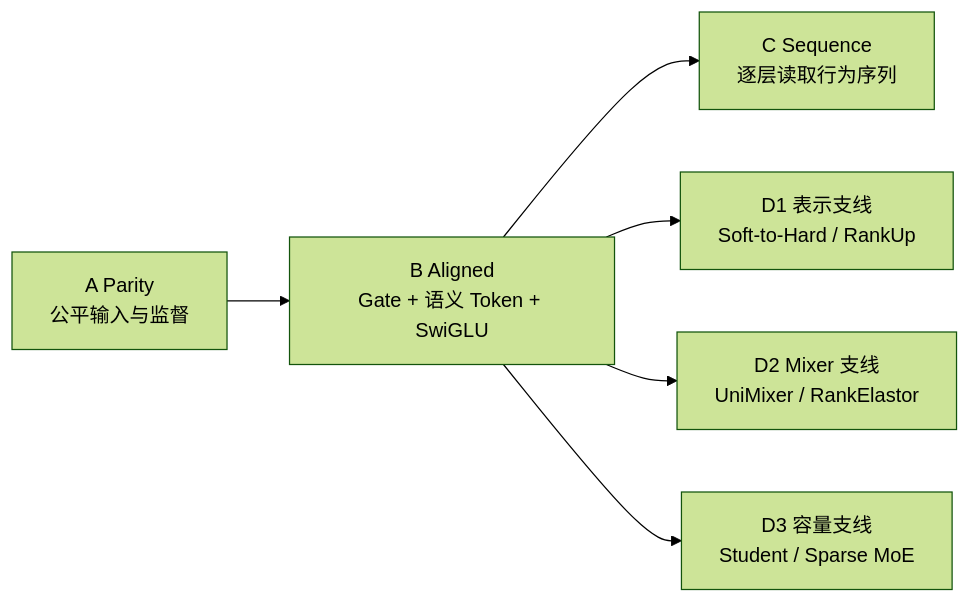
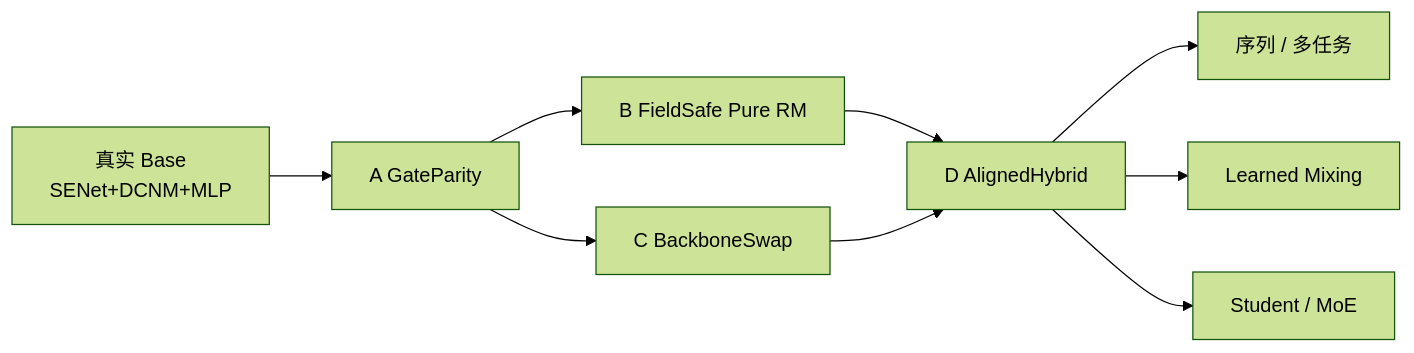
Before and after one commit to Bolt00Y/RAS: the eighth of 9 diagrams in rankmixer/CVR_RankMixer_全量改进方案_按模块分类.md, drawn with Mermaid (forest theme). The commit also changed other lines of this file and 4 other files, not shown here.

Commit message:
Correct RankMixer base comparison

```diff
--- a/rankmixer/CVR_RankMixer_全量改进方案_按模块分类.md
+++ b/rankmixer/CVR_RankMixer_全量改进方案_按模块分类.md
@@ -1296,8 +1265,11 @@
 ~~~mermaid
 flowchart LR
-    A["A Parity<br/>公平输入与监督"] --> B["B Aligned<br/>Gate + 语义 Token + SwiGLU"]
-    B --> C["C Sequence<br/>逐层读取行为序列"]
-    B --> D1["D1 表示支线<br/>Soft-to-Hard / RankUp"]
-    B --> D2["D2 Mixer 支线<br/>UniMixer / RankElastor"]
-    B --> D3["D3 容量支线<br/>Student / Sparse MoE"]
+    B0["真实 Base<br/>SENet+DCNM+MLP"] --> A["A GateParity"]
+    A --> B["B FieldSafe Pure RM"]
+    A --> C["C BackboneSwap"]
+    B --> D["D AlignedHybrid"]
+    C --> D
+    D --> R1["序列 / 多任务"]
+    D --> R2["Learned Mixing"]
+    D --> R3["Student / MoE"]
 ~~~
```
